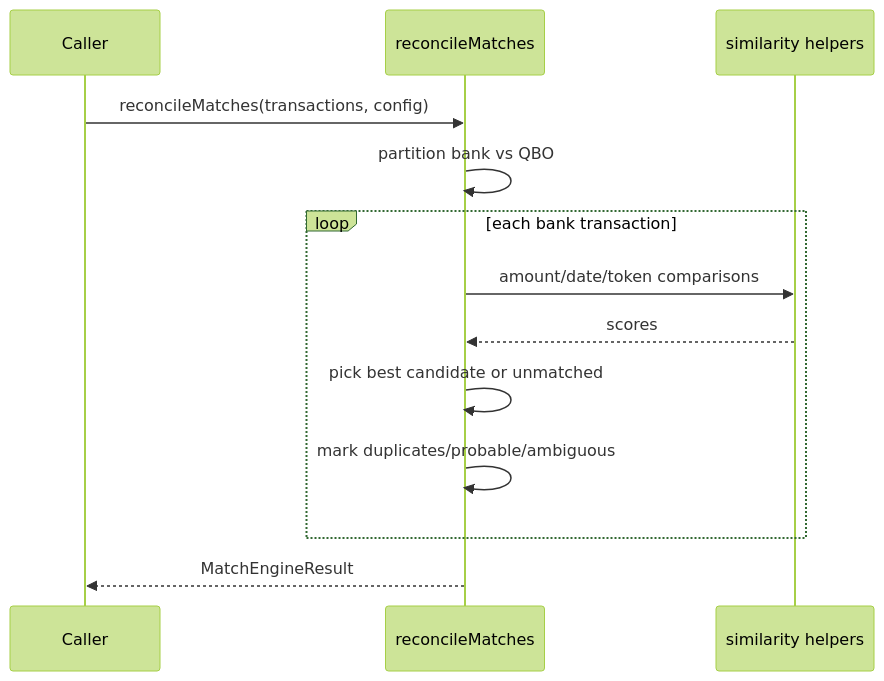
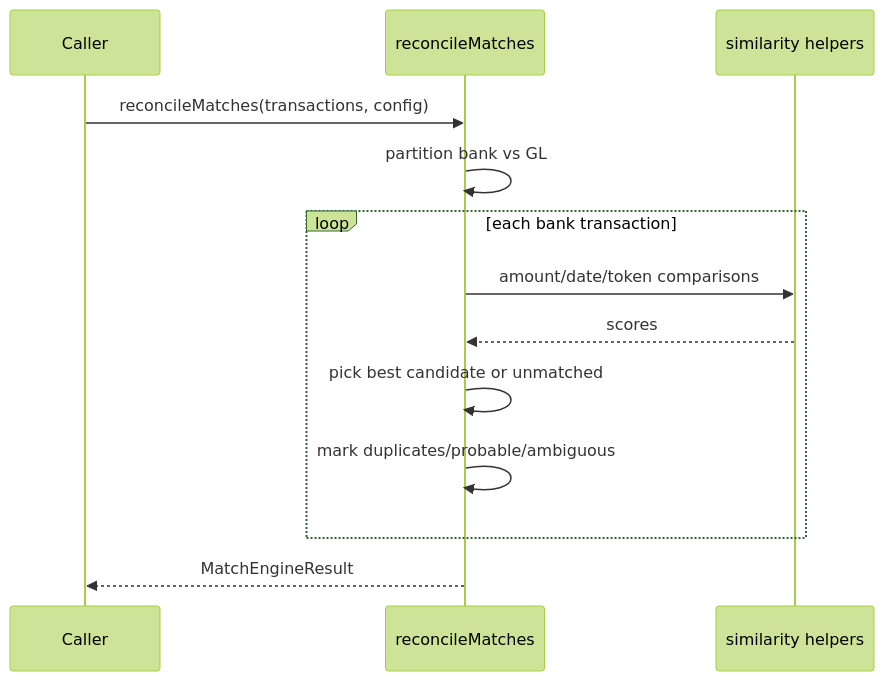
One commit to RussRayHome/reconciliation-platform changed diagram 14 of 20 in docs/class-method-reference.md. Above: the diagram before and after it, drawn with Mermaid (forest theme). The commit also changed other lines of this file and 7 other files, not shown here.

````diff
--- a/docs/class-method-reference.md
+++ b/docs/class-method-reference.md
@@ -975,15 +975,15 @@
 ```mermaid
 sequenceDiagram
   participant Caller
   participant Engine as reconcileMatches
   participant Similarity as similarity helpers
   Caller->>Engine: reconcileMatches(transactions, config)
-  Engine->>Engine: partition bank vs QBO
+  Engine->>Engine: partition bank vs GL
   loop each bank transaction
     Engine->>Similarity: amount/date/token comparisons
     Similarity-->>Engine: scores
     Engine->>Engine: pick best candidate or unmatched
     Engine->>Engine: mark duplicates/probable/ambiguous
   end
   Engine-->>Caller: MatchEngineResult
 ```
````
